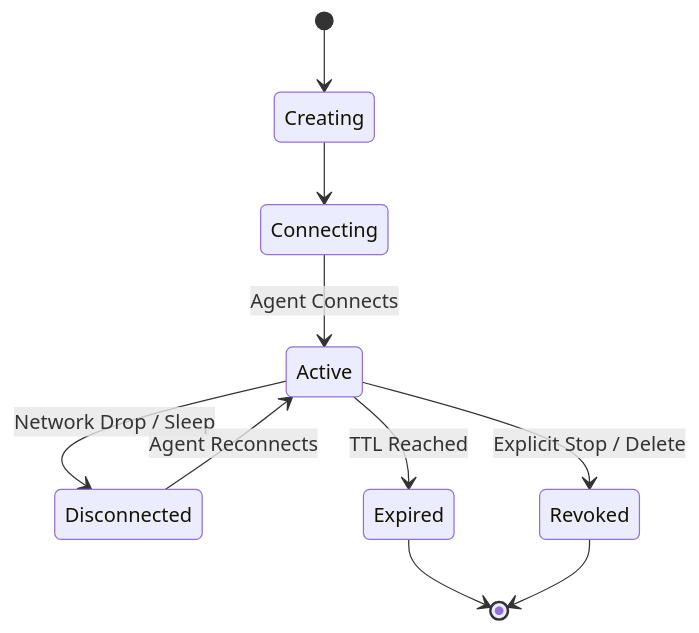
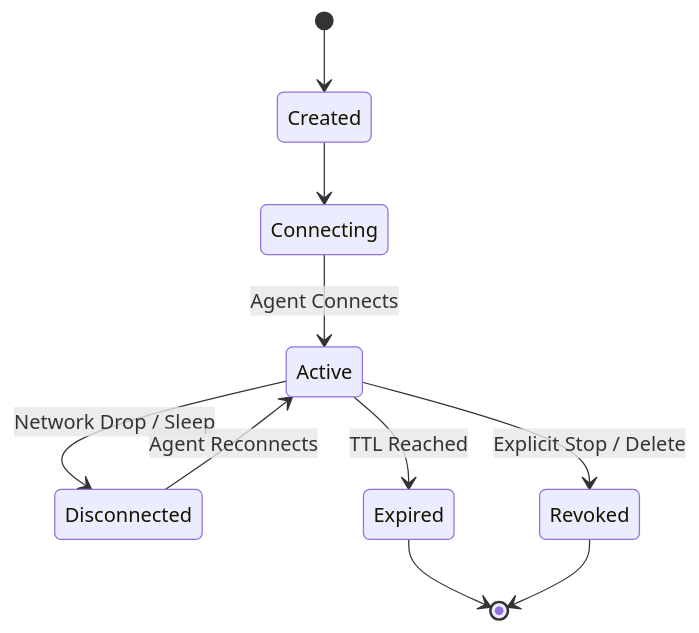
One commit to buildwithtechx/outpipe changed the diagram in apps/web/content/docs/(concepts)/tunnels.mdx. Above: the diagram before and after it, drawn with Mermaid. The commit also changed other lines of this file and 16 other files, not shown here.

````diff
--- a/apps/web/content/docs/(concepts)/tunnels.mdx
+++ b/apps/web/content/docs/(concepts)/tunnels.mdx
@@ -28,12 +28,12 @@
 ```mermaid
 stateDiagram-v2
-    [*] --> Creating
-    Creating --> Connecting
+    [*] --> Created
+    Created --> Connecting
     Connecting --> Active: Agent Connects
     Active --> Disconnected: Network Drop / Sleep
     Disconnected --> Active: Agent Reconnects
     Active --> Expired: TTL Reached
     Active --> Revoked: Explicit Stop / Delete
     Expired --> [*]
     Revoked --> [*]
 ```
````
